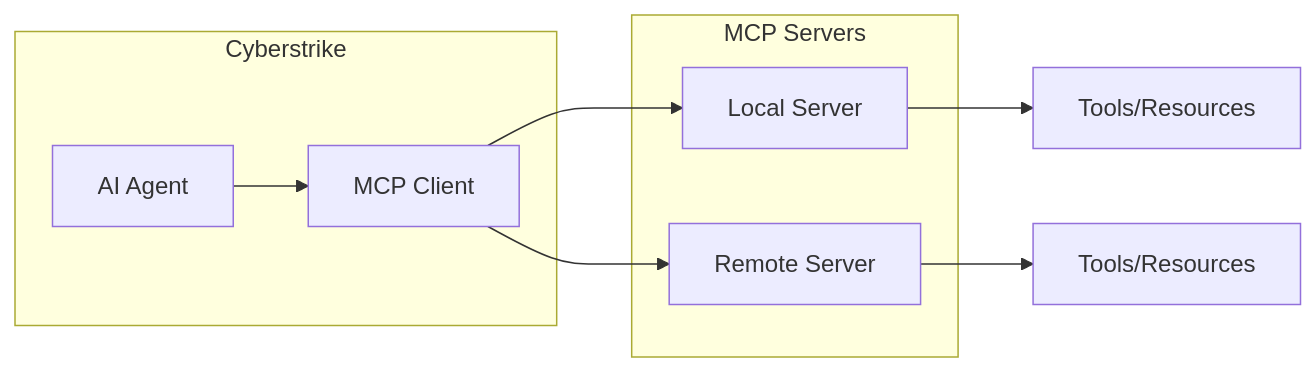
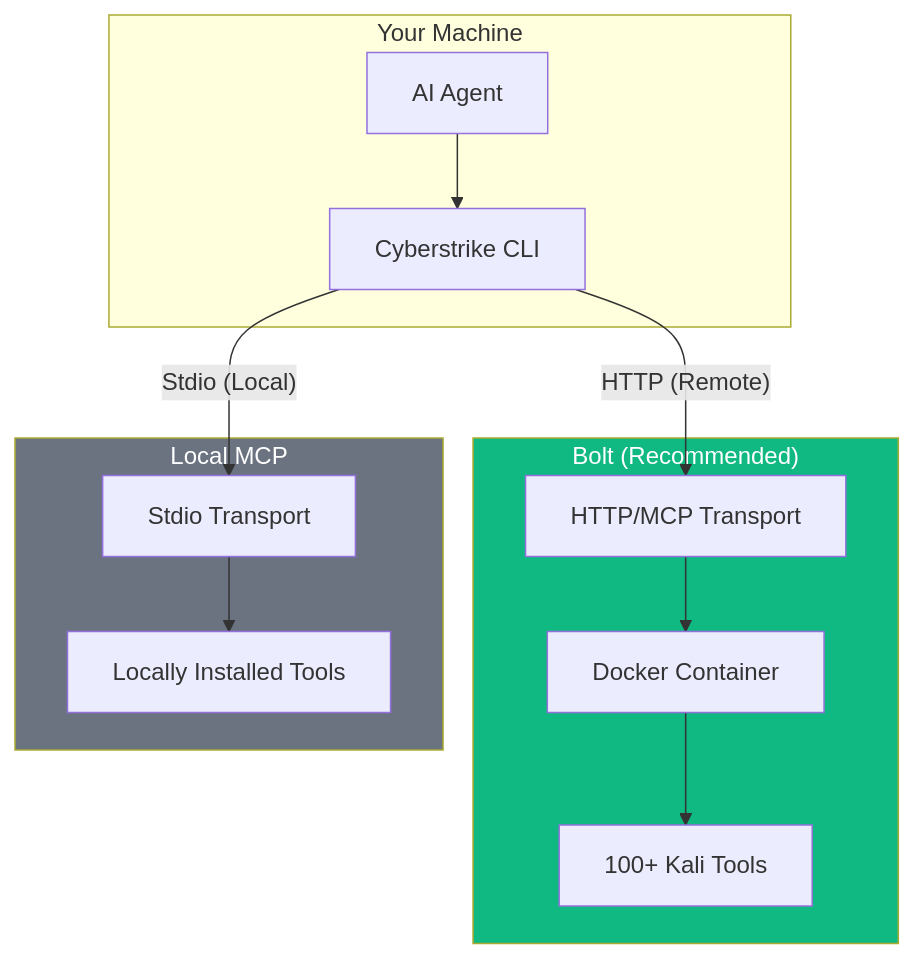
Before and after one commit to CyberStrikeus/cyberstrike.io: the first of 5 diagrams in docs/src/docs/data/docs/en/mcp/index.mdx, drawn with Mermaid. The commit also changed other lines of this file and 25 other files, not shown here.

First line of the commit message:
feat(mcp): Bolt integration - unified MCP management with HTTP transport (#21)

````diff
--- a/docs/src/docs/data/docs/en/mcp/index.mdx
+++ b/docs/src/docs/data/docs/en/mcp/index.mdx
@@ -31,18 +27,29 @@
 ```mermaid
-flowchart LR
-    subgraph Cyberstrike
+flowchart TB
+    subgraph User["Your Machine"]
+        CS[Cyberstrike CLI]
         Agent[AI Agent]
-        Client[MCP Client]
     end
 
-    subgraph MCP Servers
-        Local[Local Server]
-        Remote[Remote Server]
+    subgraph Bolt["Bolt (Recommended)"]
+        Docker[Docker Container]
+        Kali[100+ Kali Tools]
+        HTTP[HTTP/MCP Transport]
     end
 
-    Agent --> Client
-    Client --> Local
-    Client --> Remote
-    Local --> Tools1[Tools/Resources]
-    Remote --> Tools2[Tools/Resources]
+    subgraph Local["Local MCP"]
+        Stdio[Stdio Transport]
+        LocalTools[Locally Installed Tools]
+    end
+
+    Agent --> CS
+    CS -->|"HTTP (Remote)"| HTTP
+    HTTP --> Docker
+    Docker --> Kali
+
+    CS -->|"Stdio (Local)"| Stdio
+    Stdio --> LocalTools
+
+    style Bolt fill:#10b981,color:#fff
+    style Local fill:#6b7280,color:#fff
 ```
````
